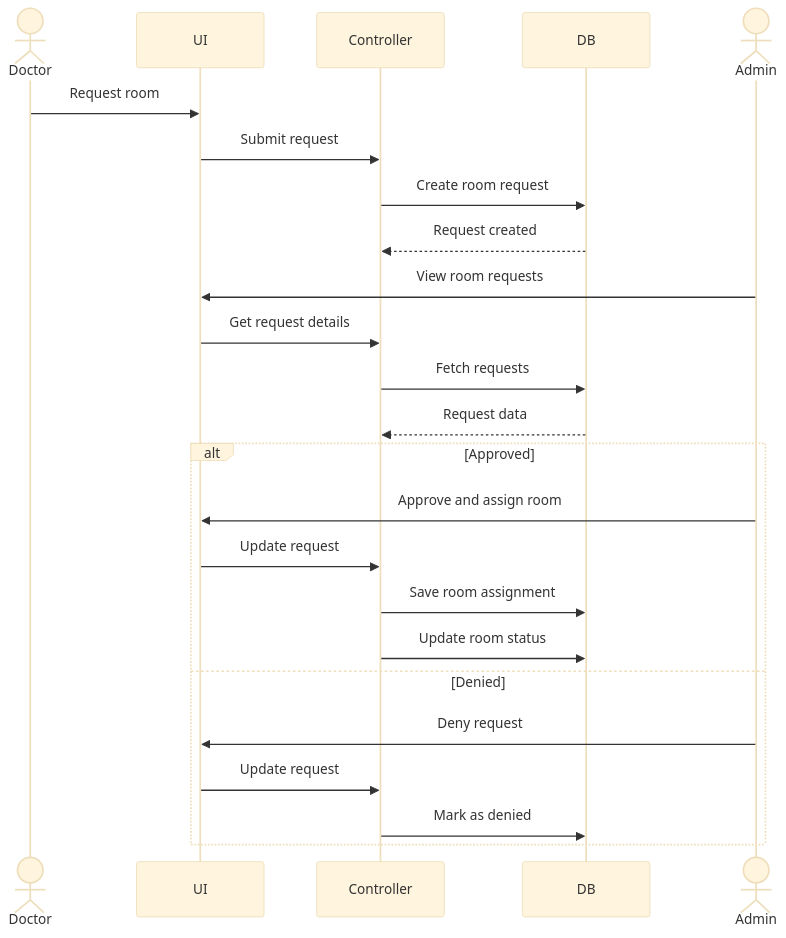
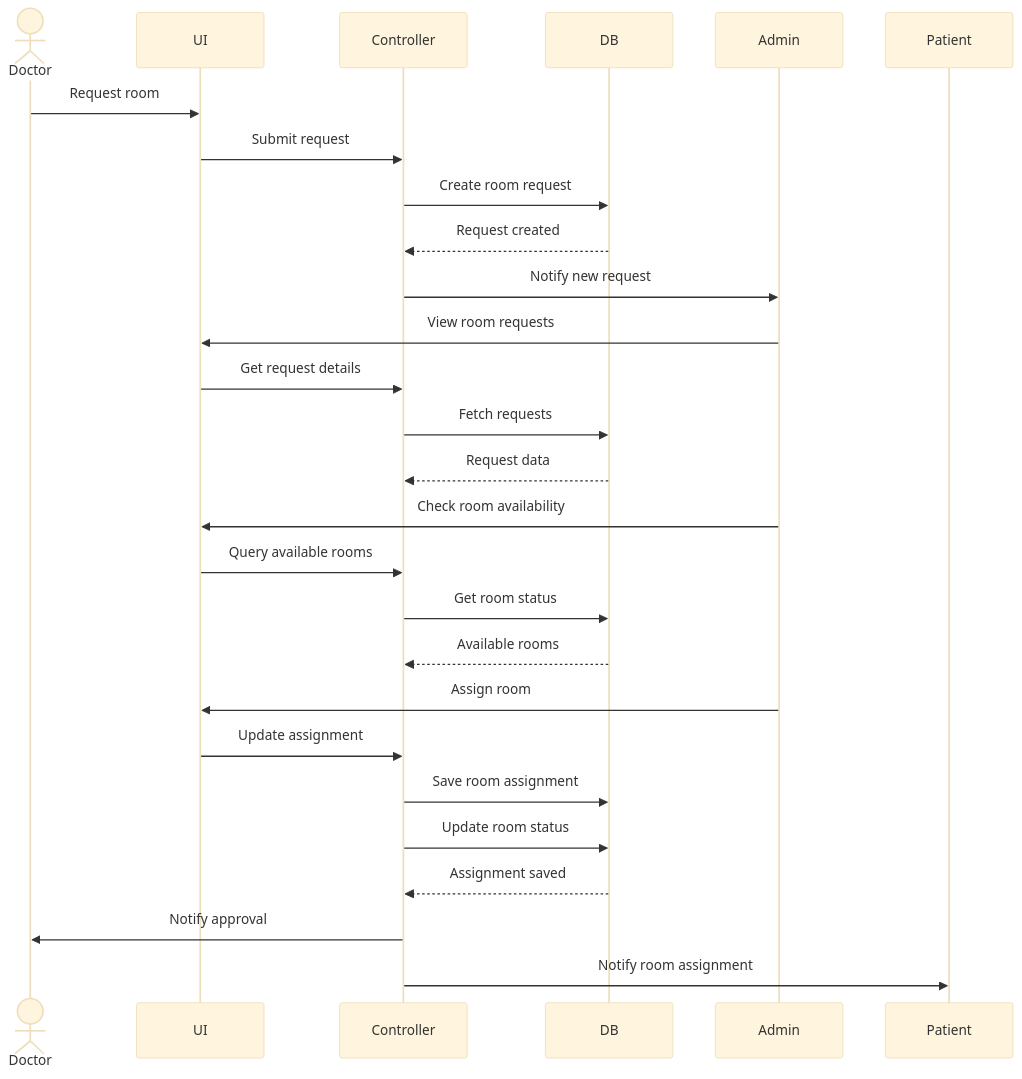
Before and after one commit to SazPy/Hospital-Management: the third of 10 diagrams in docs/use-cases.md, drawn with Mermaid (base theme). The commit also changed other lines of this file, not shown here.

````diff
--- a/docs/use-cases.md
+++ b/docs/use-cases.md
@@ -159,29 +311,34 @@
 ```mermaid
 sequenceDiagram
     actor Doctor
     participant UI
     participant Controller
     participant DB
-    actor Admin
+    participant Admin
+    participant Patient
 
     Doctor->>UI: Request room
     UI->>Controller: Submit request
     Controller->>DB: Create room request
     DB-->>Controller: Request created
-
+    Controller->>Admin: Notify new request
+    
     Admin->>UI: View room requests
     UI->>Controller: Get request details
     Controller->>DB: Fetch requests
     DB-->>Controller: Request data
     
-    alt Approved
-        Admin->>UI: Approve and assign room
-        UI->>Controller: Update request
-        Controller->>DB: Save room assignment
-        Controller->>DB: Update room status
-    else Denied
-        Admin->>UI: Deny request
-        UI->>Controller: Update request
-        Controller->>DB: Mark as denied
-    end
+    Admin->>UI: Check room availability
+    UI->>Controller: Query available rooms
+    Controller->>DB: Get room status
+    DB-->>Controller: Available rooms
+    
+    Admin->>UI: Assign room
+    UI->>Controller: Update assignment
+    Controller->>DB: Save room assignment
+    Controller->>DB: Update room status
+    DB-->>Controller: Assignment saved
+    
+    Controller->>Doctor: Notify approval
+    Controller->>Patient: Notify room assignment
 ```
````
